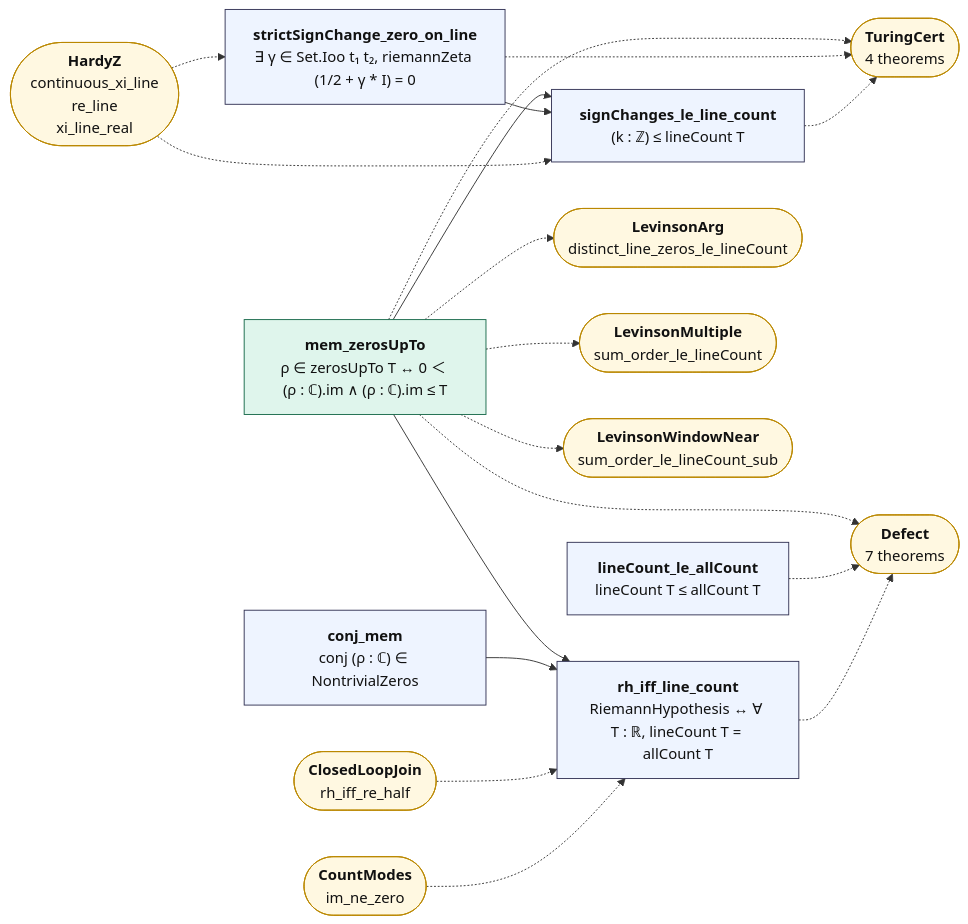
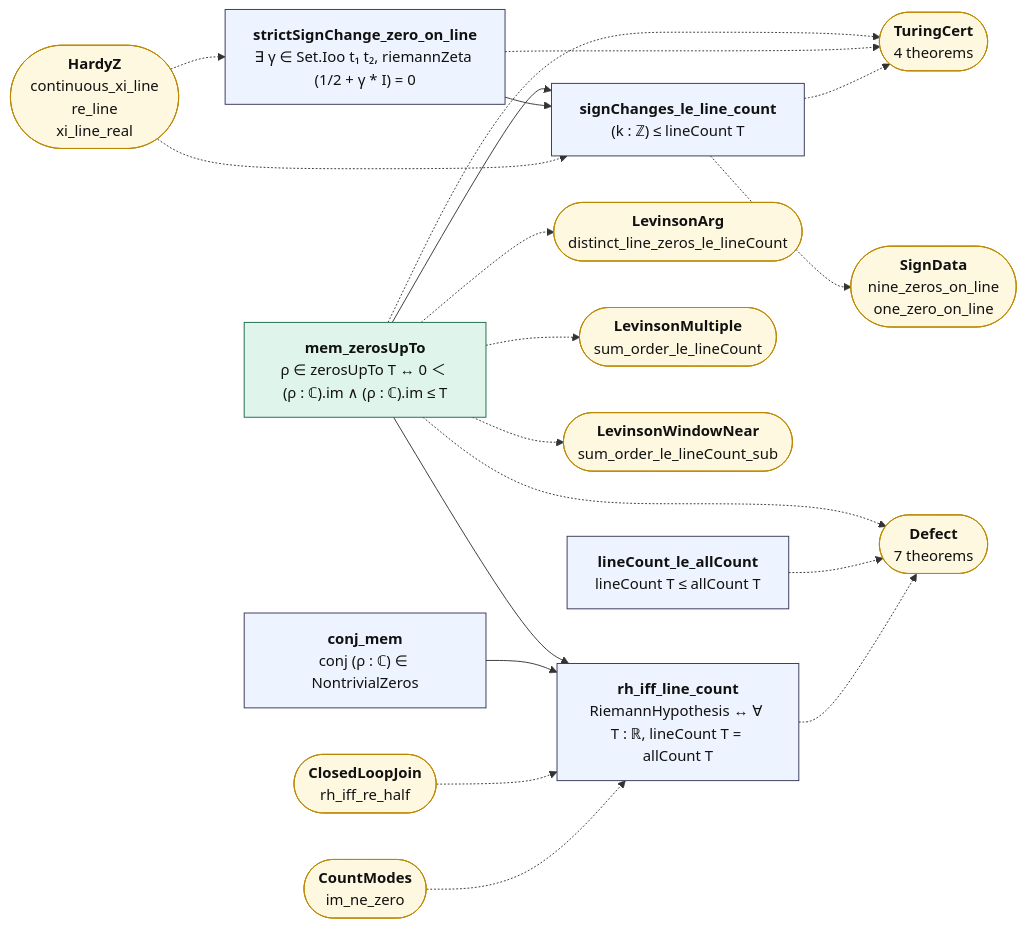
Before and after one commit to juliansambranojr/Primebeat_081426: the diagram in map/lean_stage3/LineCount.md, drawn with Mermaid. The commit also changed other lines of this file and 180 other files, not shown here.

````diff
--- a/map/lean_stage3/LineCount.md
+++ b/map/lean_stage3/LineCount.md
@@ -14,42 +14,44 @@
 ```mermaid
 flowchart LR
   n0["<b>mem_zerosUpTo</b><br/>ρ ∈ zerosUpTo T ↔ 0 ＜ (ρ : ℂ).im ∧ (ρ : ℂ).im ≤ T"]:::cnt
   n1["<b>strictSignChange_zero_on_line</b><br/>∃ γ ∈ Set.Ioo t₁ t₂, riemannZeta (1/2 + γ * I) = 0"]:::thm
   n2["<b>conj_mem</b><br/>conj (ρ : ℂ) ∈ NontrivialZeros"]:::thm
   n3["<b>lineCount_le_allCount</b><br/>lineCount T ≤ allCount T"]:::thm
   n4["<b>rh_iff_line_count</b><br/>RiemannHypothesis ↔ ∀ T : ℝ, lineCount T = allCount T"]:::thm
   n5["<b>signChanges_le_line_count</b><br/>(k : ℤ) ≤ lineCount T"]:::thm
   x0(["<b>Defect</b><br/>7 theorems"]):::ext
   x1(["<b>LevinsonArg</b><br/>distinct_line_zeros_le_lineCount"]):::ext
   x2(["<b>LevinsonMultiple</b><br/>sum_order_le_lineCount"]):::ext
   x3(["<b>LevinsonWindowNear</b><br/>sum_order_le_lineCount_sub"]):::ext
   x4(["<b>TuringCert</b><br/>4 theorems"]):::ext
   x5(["<b>HardyZ</b><br/>continuous_xi_line<br/>re_line<br/>xi_line_real"]):::ext
   x6(["<b>ClosedLoopJoin</b><br/>rh_iff_re_half"]):::ext
   x7(["<b>CountModes</b><br/>im_ne_zero"]):::ext
+  x8(["<b>SignData</b><br/>nine_zeros_on_line<br/>one_zero_on_line"]):::ext
   n0 --> n4
   n0 --> n5
   n1 --> n5
   n2 --> n4
   n0 -.-> x0
   n0 -.-> x1
   n0 -.-> x2
   n0 -.-> x3
   n0 -.-> x4
   n1 -.-> x4
   n3 -.-> x0
   n4 -.-> x0
   n5 -.-> x4
+  n5 -.-> x8
   x5 -.-> n1
   x5 -.-> n5
   x6 -.-> n4
   x7 -.-> n4
   classDef cnt fill:#dff5ec,stroke:#17694a,color:#111
   classDef shp fill:#f1ecfb,stroke:#5b3fa0,color:#111
   classDef rh fill:#ffe5e5,stroke:#c22,color:#111,stroke-width:2px
   classDef thm fill:#eef4ff,stroke:#335,color:#111
   classDef end_ fill:#e7f7e7,stroke:#2a7,color:#111,stroke-width:2px
   classDef lone fill:#fff,stroke:#999,color:#111,stroke-dasharray:4 3
   classDef bad fill:#ffe5e5,stroke:#c22,color:#111,stroke-width:2px
   classDef ext fill:#fff8e1,stroke:#b80,color:#111
 ```
````
